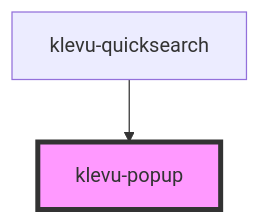
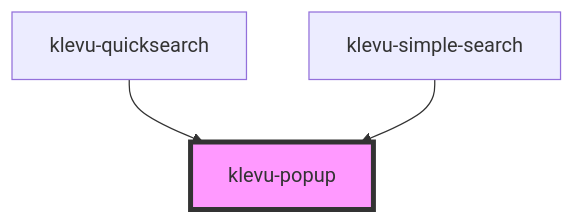
One commit to klevultd/frontend-sdk changed the diagram in packages/klevu-ui/src/components/klevu-popup/readme.md. Above: the diagram before and after it, drawn with Mermaid. The commit also changed other lines of this file and 23 other files, not shown here.

````diff
--- a/packages/klevu-ui/src/components/klevu-popup/readme.md
+++ b/packages/klevu-ui/src/components/klevu-popup/readme.md
@@ -26,5 +50,6 @@
 ```mermaid
 graph TD;
   klevu-quicksearch --> klevu-popup
+  klevu-simple-search --> klevu-popup
   style klevu-popup fill:#f9f,stroke:#333,stroke-width:4px
 ```
````
